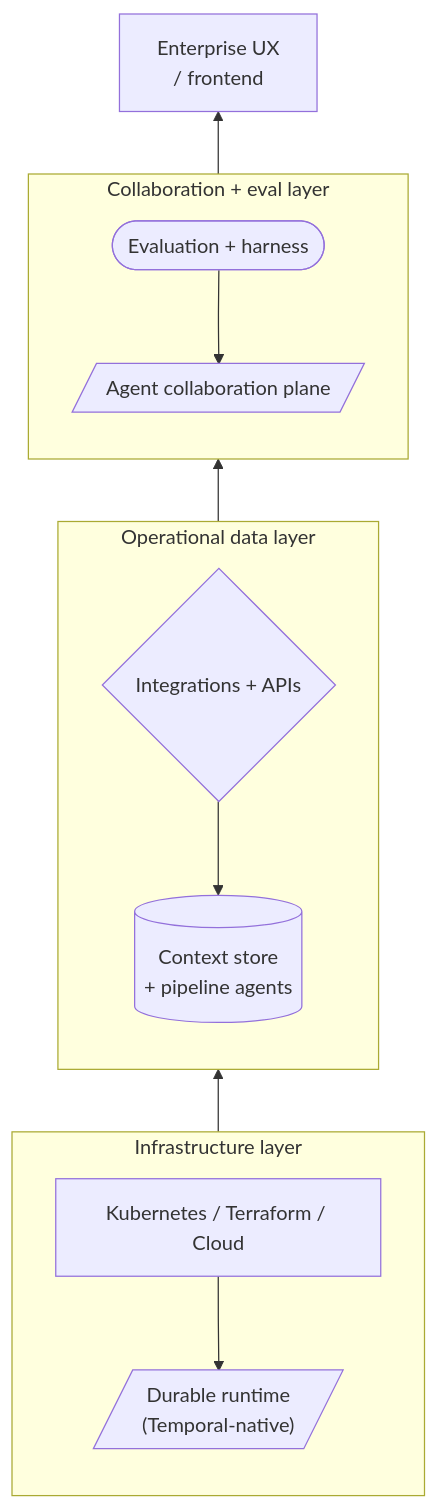
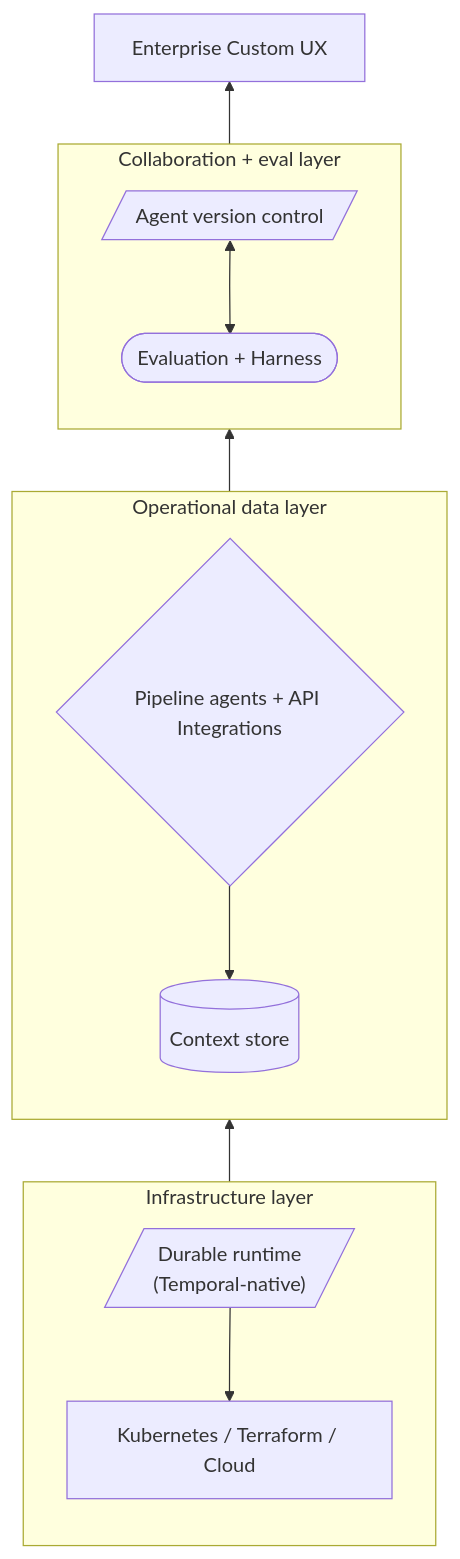
The first of 3 diagrams in _posts/2026-05-26-forward-deployed-engineers.md (aboutphilippe/aboutphilippe.github.io), drawn with Mermaid before and after one commit. The commit also changed other lines of this file, not shown here.

````diff
--- a/_posts/2026-05-26-forward-deployed-engineers.md
+++ b/_posts/2026-05-26-forward-deployed-engineers.md
@@ -140,23 +137,20 @@
 ```mermaid
 flowchart BT
-  subgraph infra["Infrastructure layer"]
-    direction TB
-    K8S["Kubernetes / Terraform / Cloud"]
-    RUNTIME[/"Durable runtime <br>(Temporal-native)"/]
-    K8S --> RUNTIME
+  UX["Enterprise Custom UX"]
+  subgraph ops["Collaboration + eval layer"]
+    EVAL([Evaluation + Harness])
+    COLLAB[/Agent version control/]
+    COLLAB <--> EVAL
   end
   subgraph data["Operational data layer"]
-    direction TB
-    INTEGRATIONS{Integrations + APIs}
-    STORE[(Context store <br> + pipeline agents)]
+    INTEGRATIONS{Pipeline agents + API Integrations}
+    STORE[(Context store)]
     INTEGRATIONS --> STORE
   end
-  subgraph ops["Collaboration + eval layer"]
-    direction TB
-    EVAL([Evaluation + harness])
-    COLLAB[/Agent collaboration plane/]
-    EVAL --> COLLAB
+  subgraph infra["Infrastructure layer"]
+    RUNTIME[/"Durable runtime <br>(Temporal-native)"/]
+    K8S["Kubernetes / Terraform / Cloud"]
+    RUNTIME --> K8S
   end
-  UX["Enterprise UX <br> / frontend"]
   infra --> data --> ops --> UX
 ```
````
